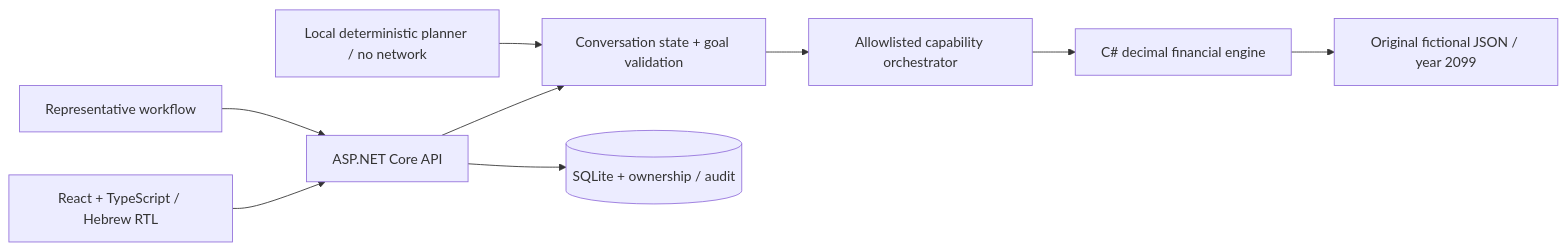
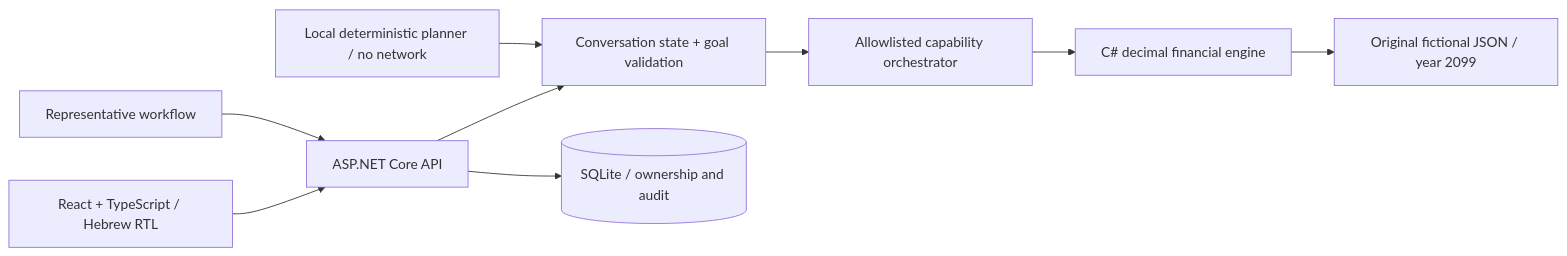
The diagram in README.md (hadas1906-commits/StraussDriveAI-Portfolio), drawn with Mermaid before and after one commit. The commit also changed other lines of this file and 3 other files, not shown here.

````diff
--- a/README.md
+++ b/README.md
@@ -40,11 +88,11 @@
 ```mermaid
 flowchart LR
-    UI[React + TypeScript / Hebrew RTL] --> API[ASP.NET Core API]
-    API --> Conversation[Conversation state + goal validation]
-    Planner[Local deterministic planner / no network] --> Conversation
-    Conversation --> Tools[Allowlisted capability orchestrator]
-    Tools --> Domain[C# decimal financial engine]
-    Domain --> Data[Original fictional JSON / year 2099]
-    API --> Store[(SQLite + ownership / audit)]
-    Rep[Representative workflow] --> API
+    UI["React + TypeScript / Hebrew RTL"] --> API["ASP.NET Core API"]
+    API --> Conversation["Conversation state + goal validation"]
+    Planner["Local deterministic planner / no network"] --> Conversation
+    Conversation --> Tools["Allowlisted capability orchestrator"]
+    Tools --> Domain["C# decimal financial engine"]
+    Domain --> Data["Original fictional JSON / year 2099"]
+    API --> Store[("SQLite / ownership and audit")]
+    Rep["Representative workflow"] --> API
 ```
````
